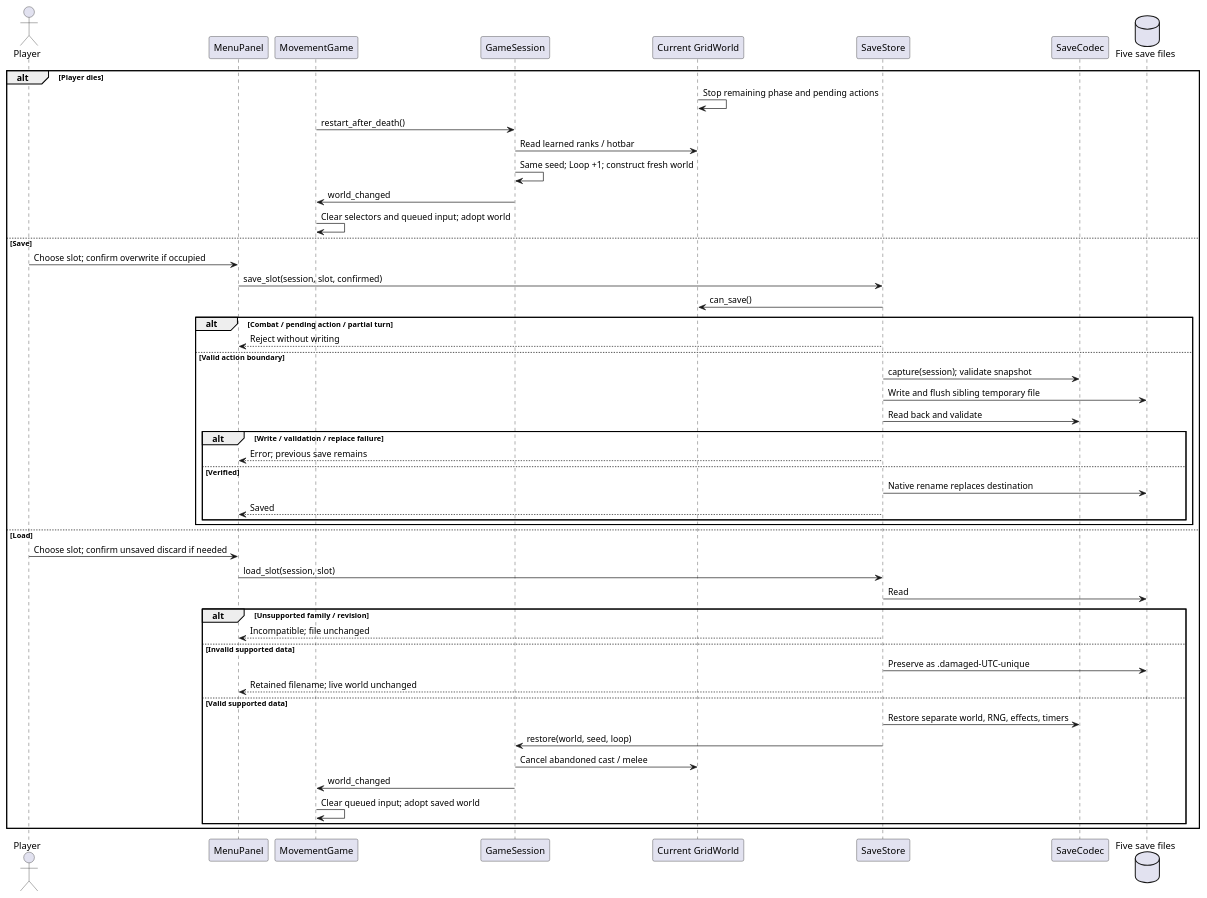
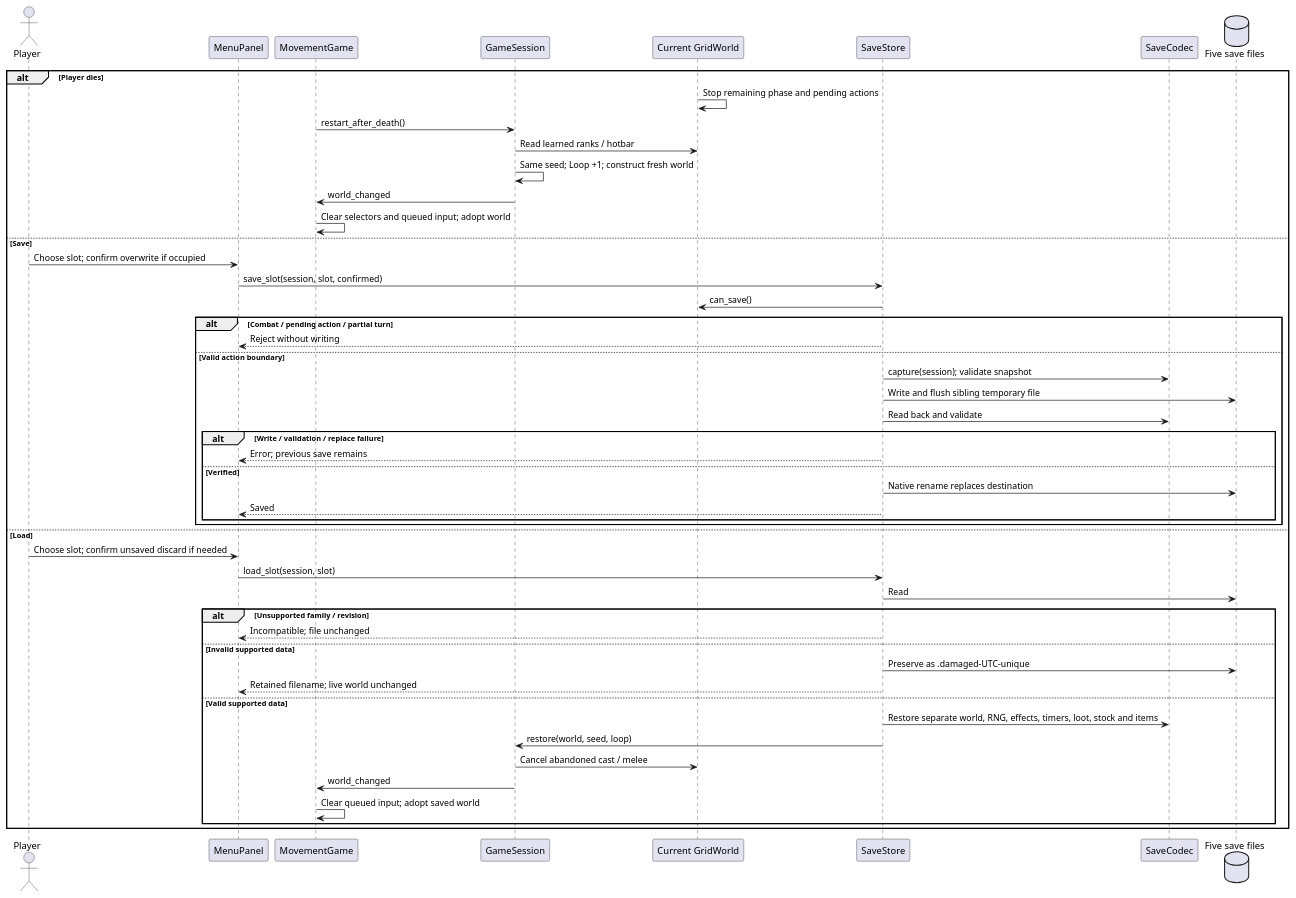
One commit to VHonzik/Ostinato changed the diagram in docs/architecture/sequences/loop_save.puml. Above: the diagram before and after it, drawn with PlantUML. The commit also changed 48 other files, not shown here.

```diff
--- a/docs/architecture/sequences/loop_save.puml
+++ b/docs/architecture/sequences/loop_save.puml
@@ -1,53 +1,53 @@
 @startuml
 !pragma layout smetana
 skinparam shadowing false
 actor Player
 participant MenuPanel as Menu
 participant MovementGame as Game
 participant GameSession as Session
 participant "Current GridWorld" as World
 participant SaveStore as Store
 participant SaveCodec as Codec
 database "Five save files" as Disk
 alt Player dies
   World -> World : Stop remaining phase and pending actions
   Game -> Session : restart_after_death()
   Session -> World : Read learned ranks / hotbar
   Session -> Session : Same seed; Loop +1; construct fresh world
   Session -> Game : world_changed
   Game -> Game : Clear selectors and queued input; adopt world
 else Save
   Player -> Menu : Choose slot; confirm overwrite if occupied
   Menu -> Store : save_slot(session, slot, confirmed)
   Store -> World : can_save()
   alt Combat / pending action / partial turn
     Store --> Menu : Reject without writing
   else Valid action boundary
     Store -> Codec : capture(session); validate snapshot
     Store -> Disk : Write and flush sibling temporary file
     Store -> Codec : Read back and validate
     alt Write / validation / replace failure
       Store --> Menu : Error; previous save remains
     else Verified
       Store -> Disk : Native rename replaces destination
       Store --> Menu : Saved
     end
   end
 else Load
   Player -> Menu : Choose slot; confirm unsaved discard if needed
   Menu -> Store : load_slot(session, slot)
   Store -> Disk : Read
   alt Unsupported family / revision
     Store --> Menu : Incompatible; file unchanged
   else Invalid supported data
     Store -> Disk : Preserve as .damaged-UTC-unique
     Store --> Menu : Retained filename; live world unchanged
   else Valid supported data
-    Store -> Codec : Restore separate world, RNG, effects, timers
+    Store -> Codec : Restore separate world, RNG, effects, timers, loot, stock and items
     Store -> Session : restore(world, seed, loop)
     Session -> World : Cancel abandoned cast / melee
     Session -> Game : world_changed
     Game -> Game : Clear queued input; adopt saved world
   end
 end
 @enduml
```
